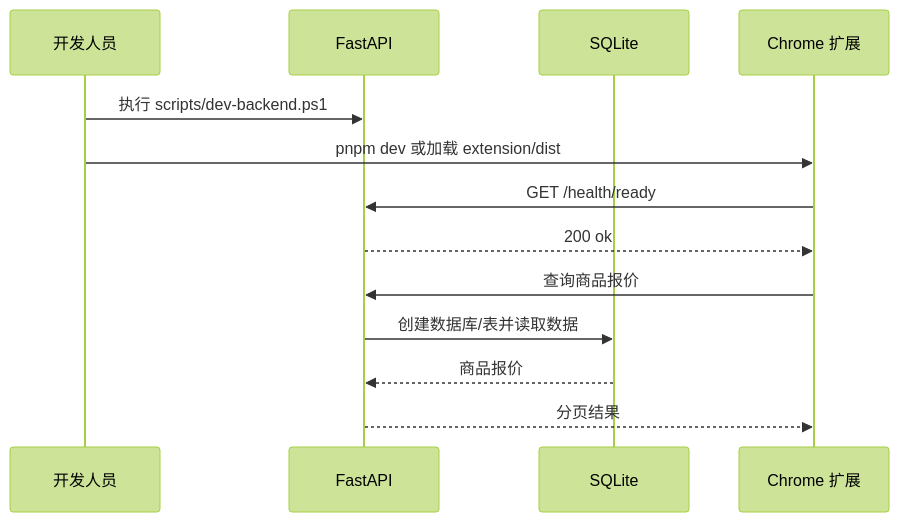
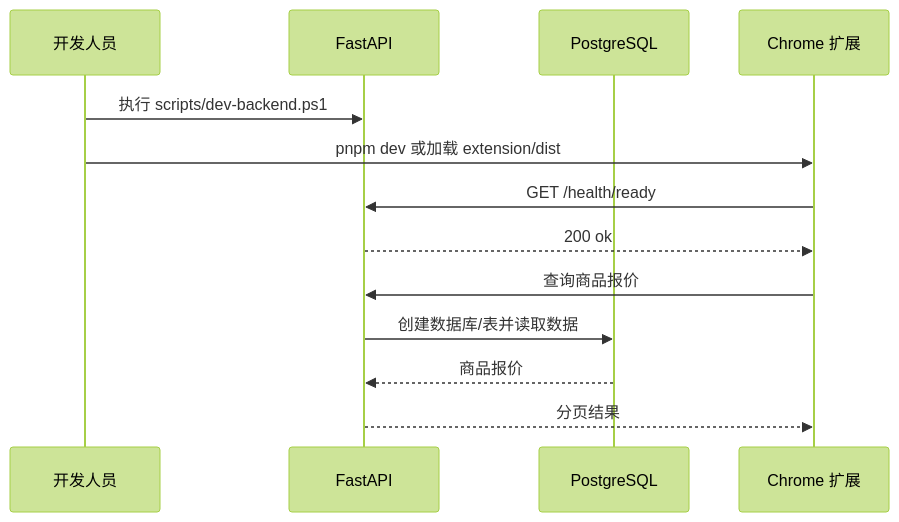
Before and after one commit to pengxdCSDN/ozonslj: the fifth of 9 diagrams in docs/ARCHITECTURE.md, drawn with Mermaid (forest theme). The commit also changed other lines of this file and 43 other files, not shown here.

Commit message:
feat: 切换 PostgreSQL 并添加云端部署骨架

````diff
--- a/docs/ARCHITECTURE.md
+++ b/docs/ARCHITECTURE.md
@@ -112,15 +137,15 @@
 ```mermaid
 sequenceDiagram
     participant D as 开发人员
     participant B as FastAPI
-    participant S as SQLite
+    participant S as PostgreSQL
     participant C as Chrome 扩展
     D->>B: 执行 scripts/dev-backend.ps1
     D->>C: pnpm dev 或加载 extension/dist
     C->>B: GET /health/ready
     B-->>C: 200 ok
     C->>B: 查询商品报价
     B->>S: 创建数据库/表并读取数据
     S-->>B: 商品报价
     B-->>C: 分页结果
 ```
````
